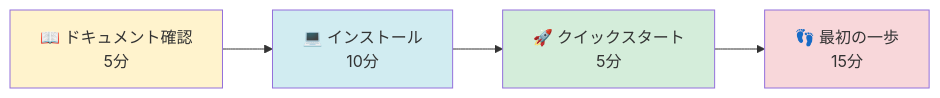
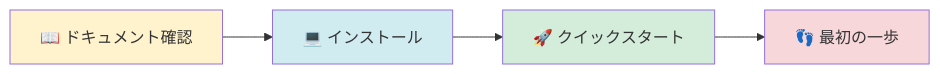
One commit to kamogashira-sys/q-cli-docs changed the diagram in README.md. Above: the diagram before and after it, drawn with Mermaid. The commit also changed other lines of this file, not shown here.

````diff
--- a/README.md
+++ b/README.md
@@ -7,11 +7,11 @@
 ```mermaid
 graph LR
-    A[📖 ドキュメント確認<br/>5分] --> B[💻 インストール<br/>10分]
-    B --> C[🚀 クイックスタート<br/>5分]
-    C --> D[👣 最初の一歩<br/>15分]
+    A[📖 ドキュメント確認] --> B[💻 インストール]
+    B --> C[🚀 クイックスタート]
+    C --> D[👣 最初の一歩]
     
     style A fill:#fff3cd
     style B fill:#d1ecf1
     style C fill:#d4edda
     style D fill:#f8d7da
 ```
````
